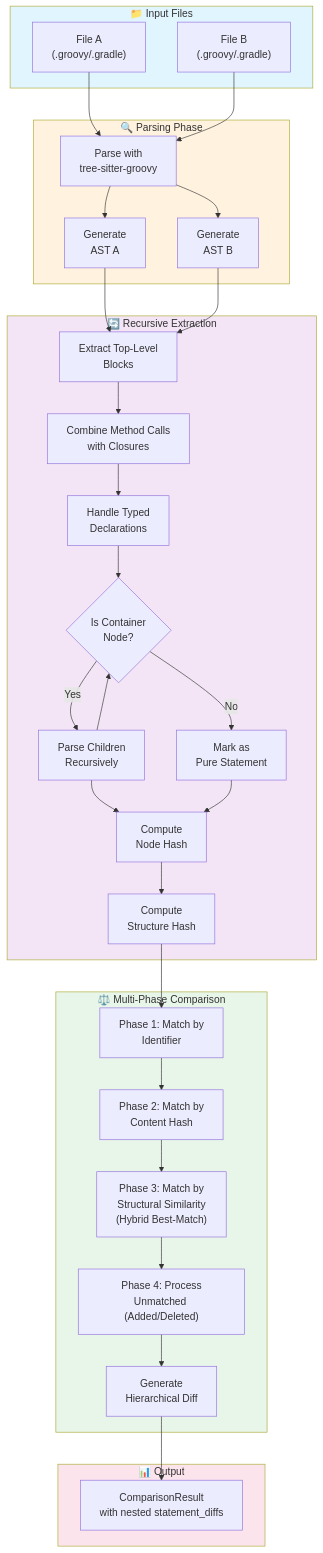
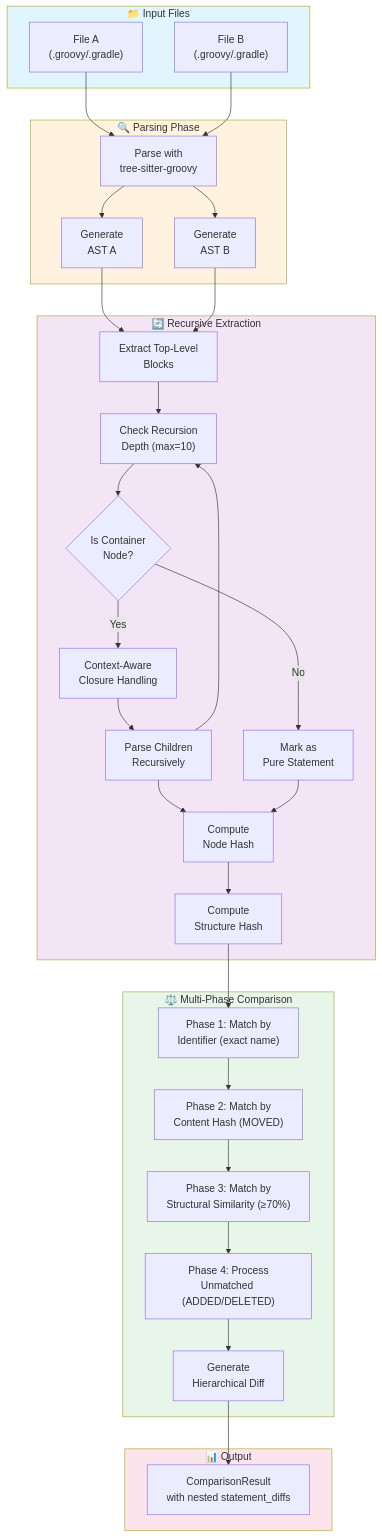
One commit to shubhamyadav-coditas/Groovy-AST-Diff changed the first of 13 diagrams in docs/recursive_parsing_mermaid.md. Above: the diagram before and after it, drawn with Mermaid. The commit also changed other lines of this file and 6 other files, not shown here.

````diff
--- a/docs/recursive_parsing_mermaid.md
+++ b/docs/recursive_parsing_mermaid.md
@@ -5,64 +5,64 @@
 ```mermaid
 flowchart TD
     subgraph INPUT["📁 Input Files"]
         A1["File A<br/>(.groovy/.gradle)"]
         A2["File B<br/>(.groovy/.gradle)"]
     end
 
     subgraph PARSE["🔍 Parsing Phase"]
         B1["Parse with<br/>tree-sitter-groovy"]
         B2["Generate<br/>AST A"]
         B3["Generate<br/>AST B"]
     end
 
     subgraph RECURSIVE["🔄 Recursive Extraction"]
         C1["Extract Top-Level<br/>Blocks"]
-        C2["Combine Method Calls<br/>with Closures"]
-        C3["Handle Typed<br/>Declarations"]
-        C4{"Is Container<br/>Node?"}
+        C2["Check Recursion<br/>Depth (max=10)"]
+        C3{"Is Container<br/>Node?"}
+        C4["Context-Aware<br/>Closure Handling"]
         C5["Parse Children<br/>Recursively"]
         C6["Mark as<br/>Pure Statement"]
         C7["Compute<br/>Node Hash"]
         C8["Compute<br/>Structure Hash"]
     end
 
     subgraph COMPARE["⚖️ Multi-Phase Comparison"]
-        D1["Phase 1: Match by<br/>Identifier"]
-        D2["Phase 2: Match by<br/>Content Hash"]
-        D3["Phase 3: Match by<br/>Structural Similarity<br/>(Hybrid Best-Match)"]
-        D4["Phase 4: Process<br/>Unmatched (Added/Deleted)"]
+        D1["Phase 1: Match by<br/>Identifier (exact name)"]
+        D2["Phase 2: Match by<br/>Content Hash (MOVED)"]
+        D3["Phase 3: Match by<br/>Structural Similarity (≥70%)"]
+        D4["Phase 4: Process<br/>Unmatched (ADDED/DELETED)"]
         D5["Generate<br/>Hierarchical Diff"]
     end
 
     subgraph OUTPUT["📊 Output"]
         E1["ComparisonResult<br/>with nested statement_diffs"]
     end
 
     A1 --> B1
     A2 --> B1
     B1 --> B2
     B1 --> B3
     B2 --> C1
     B3 --> C1
     C1 --> C2
     C2 --> C3
-    C3 --> C4
-    C4 -->|Yes| C5
-    C4 -->|No| C6
+    C3 -->|Yes| C4
+    C3 -->|No| C6
+    C4 --> C5
     C5 --> C7
     C6 --> C7
     C7 --> C8
-    C5 --> C4
+    C5 --> C2
     C8 --> D1
     D1 --> D2
     D2 --> D3
     D3 --> D4
     D4 --> D5
     D5 --> E1
 
     style INPUT fill:#e1f5fe
     style PARSE fill:#fff3e0
     style RECURSIVE fill:#f3e5f5
     style COMPARE fill:#e8f5e9
     style OUTPUT fill:#fce4ec
 ```
````
